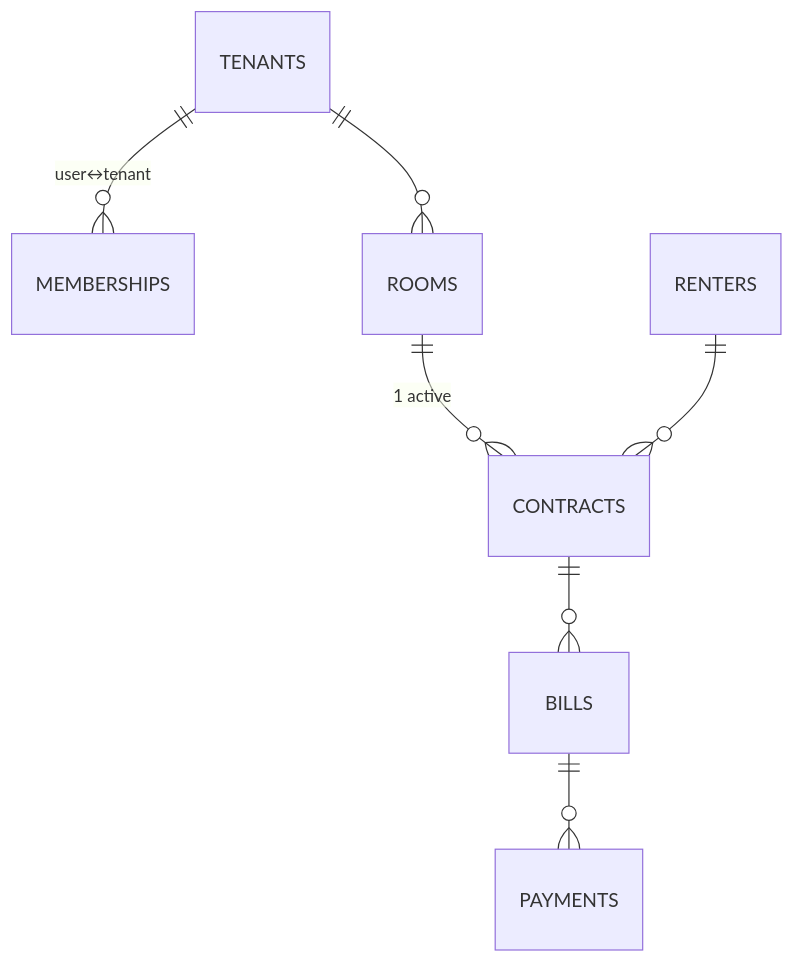
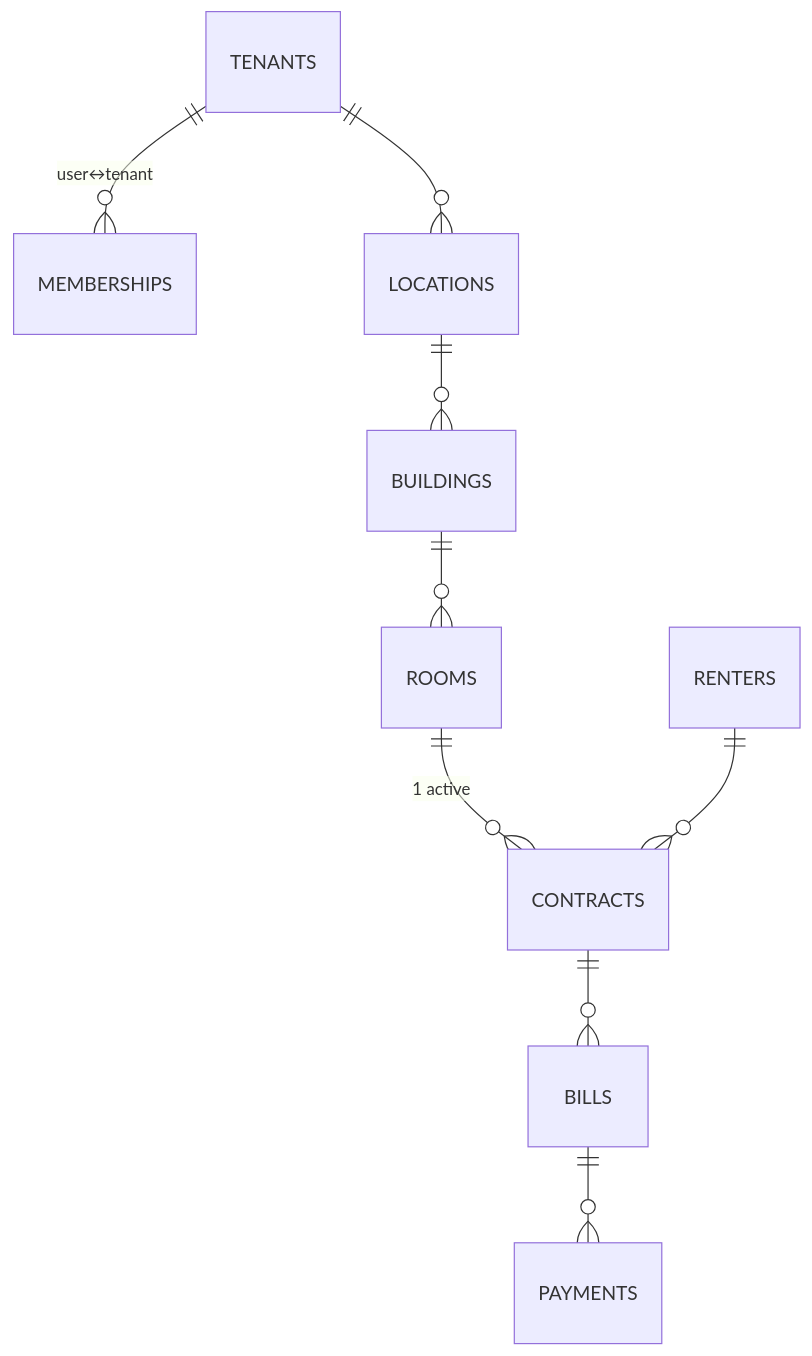
One commit to labasubagia/kos-app changed the diagram in docs/03-data-model.md. Above: the diagram before and after it, drawn with Mermaid. The commit also changed other lines of this file and 2 other files, not shown here.

First line of the commit message:
feat: location→building hierarchy — locations/buildings tables, rooms building_id (#22)

````diff
--- a/docs/03-data-model.md
+++ b/docs/03-data-model.md
@@ -87,9 +102,11 @@
 ```mermaid
 erDiagram
     TENANTS ||--o{ MEMBERSHIPS : "user↔tenant"
-    TENANTS ||--o{ ROOMS : ""
+    TENANTS ||--o{ LOCATIONS : ""
+    LOCATIONS ||--o{ BUILDINGS : ""
+    BUILDINGS ||--o{ ROOMS : ""
     ROOMS ||--o{ CONTRACTS : "1 active"
     RENTERS ||--o{ CONTRACTS : ""
     CONTRACTS ||--o{ BILLS : ""
     BILLS ||--o{ PAYMENTS : ""
 ```
````
